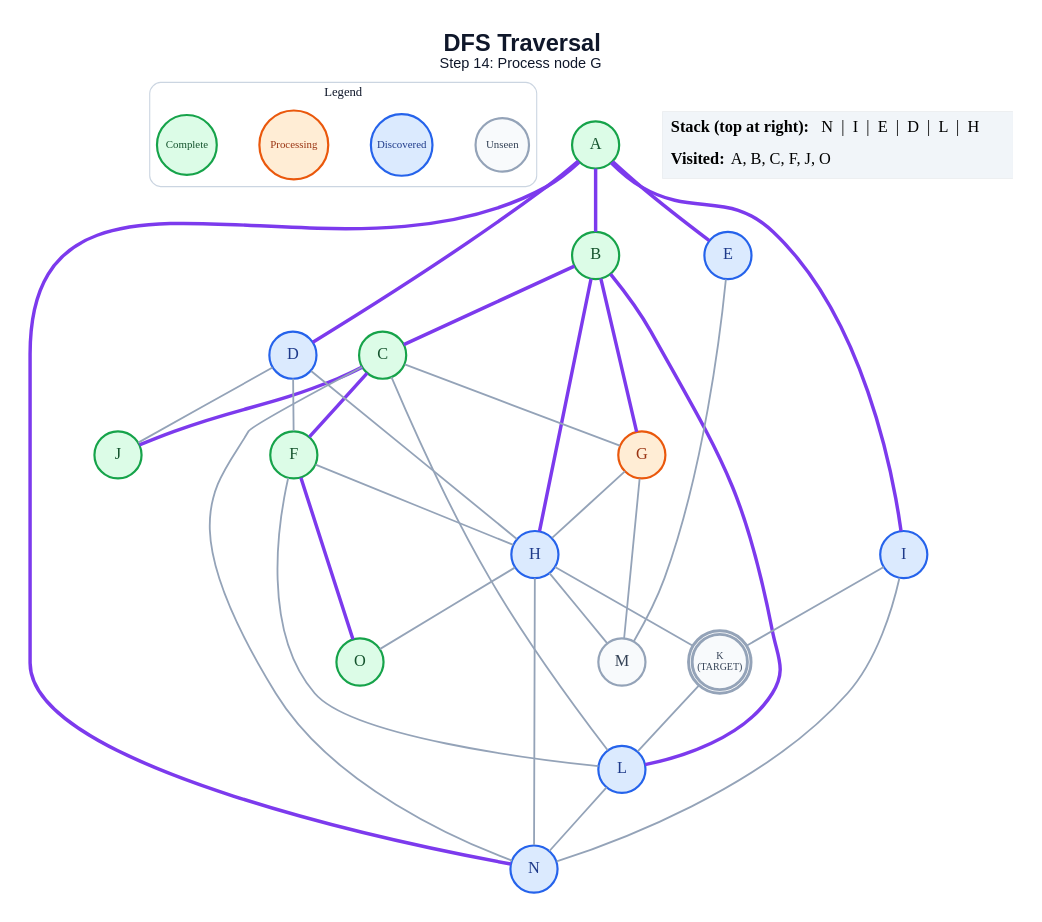
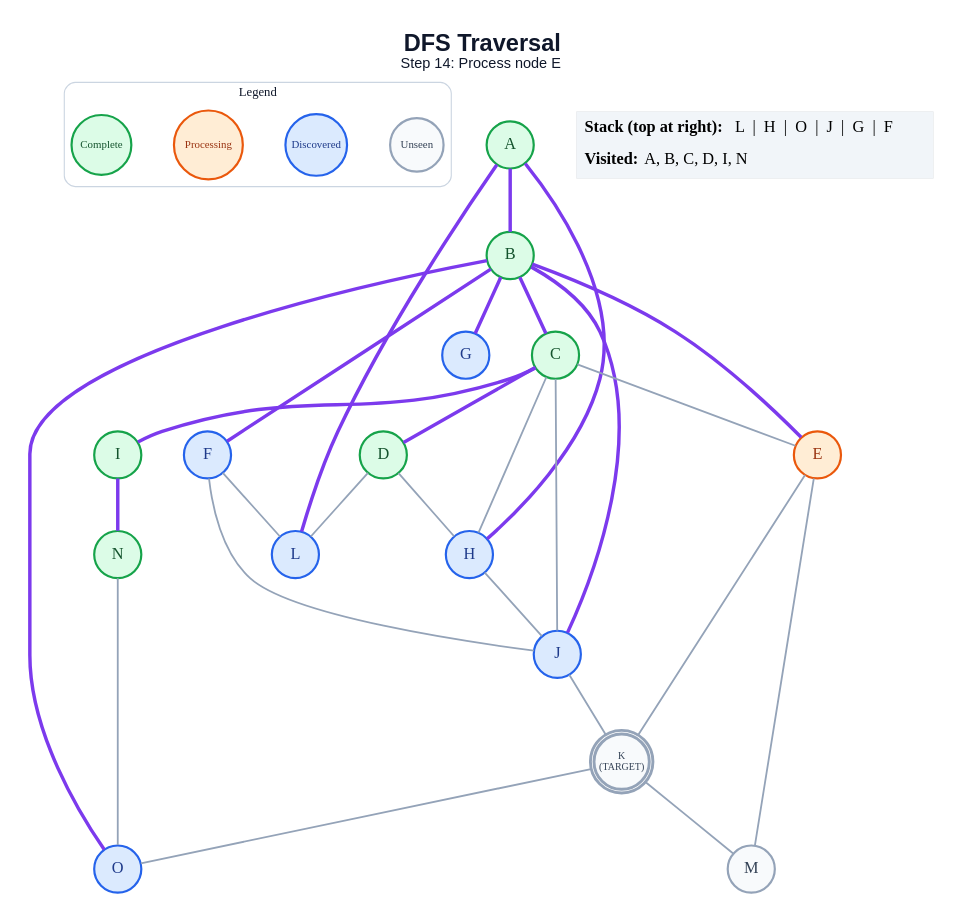
Before and after one commit to anon7238593-create/ai-slop: the diagram in generated/dfs/step_14.dot, drawn with Graphviz. The commit also changed 291 other files, not shown here.

```diff
--- a/generated/dfs/step_14.dot
+++ b/generated/dfs/step_14.dot
@@ -1,65 +1,60 @@
 graph traversal {
   graph [layout=dot, rankdir=TB, bgcolor="#FFFFFF", pad="0.35", nodesep="0.65", ranksep="0.8", fontname="Arial"];
   node [shape=circle, style="filled", fontname="Arial Bold", fontsize=18, width=0.72, fixedsize=true, penwidth=2.4];
   edge [color="#94A3B8", penwidth=2.0];
-  label=<<B>DFS Traversal</B><BR/><FONT POINT-SIZE="16">Step 14: Process node G</FONT>>; labelloc="t"; fontsize=26; fontname="Arial"; fontcolor="#0F172A";
+  label=<<B>DFS Traversal</B><BR/><FONT POINT-SIZE="16">Step 14: Process node E</FONT>>; labelloc="t"; fontsize=26; fontname="Arial"; fontcolor="#0F172A";
   subgraph cluster_legend { label="Legend"; color="#CBD5E1"; penwidth=1.2; style="rounded"; fontsize=14; fontname="Arial Bold";
     key_unseen [label="Unseen", fillcolor="#F8FAFC", color="#94A3B8", fontcolor="#334155", fontsize=12, width=0.82];
     key_frontier [label="Discovered", fillcolor="#DBEAFE", color="#2563EB", fontcolor="#1E3A8A", fontsize=12, width=0.95];
     key_current [label="Processing", fillcolor="#FFEDD5", color="#EA580C", fontcolor="#9A3412", fontsize=12, width=1.05];
     key_done [label="Complete", fillcolor="#DCFCE7", color="#16A34A", fontcolor="#14532D", fontsize=12, width=0.92];
     { rank=same; key_unseen; key_frontier; key_current; key_done; }
   }
   A [label="A", fillcolor="#DCFCE7", color="#16A34A", fontcolor="#14532D", peripheries=1, penwidth=2.4];
   B [label="B", fillcolor="#DCFCE7", color="#16A34A", fontcolor="#14532D", peripheries=1, penwidth=2.4];
   C [label="C", fillcolor="#DCFCE7", color="#16A34A", fontcolor="#14532D", peripheries=1, penwidth=2.4];
-  D [label="D", fillcolor="#DBEAFE", color="#2563EB", fontcolor="#1E3A8A", peripheries=1, penwidth=2.4];
-  E [label="E", fillcolor="#DBEAFE", color="#2563EB", fontcolor="#1E3A8A", peripheries=1, penwidth=2.4];
-  F [label="F", fillcolor="#DCFCE7", color="#16A34A", fontcolor="#14532D", peripheries=1, penwidth=2.4];
-  G [label="G", fillcolor="#FFEDD5", color="#EA580C", fontcolor="#9A3412", peripheries=1, penwidth=2.4];
+  D [label="D", fillcolor="#DCFCE7", color="#16A34A", fontcolor="#14532D", peripheries=1, penwidth=2.4];
+  E [label="E", fillcolor="#FFEDD5", color="#EA580C", fontcolor="#9A3412", peripheries=1, penwidth=2.4];
+  F [label="F", fillcolor="#DBEAFE", color="#2563EB", fontcolor="#1E3A8A", peripheries=1, penwidth=2.4];
+  G [label="G", fillcolor="#DBEAFE", color="#2563EB", fontcolor="#1E3A8A", peripheries=1, penwidth=2.4];
   H [label="H", fillcolor="#DBEAFE", color="#2563EB", fontcolor="#1E3A8A", peripheries=1, penwidth=2.4];
-  I [label="I", fillcolor="#DBEAFE", color="#2563EB", fontcolor="#1E3A8A", peripheries=1, penwidth=2.4];
-  J [label="J", fillcolor="#DCFCE7", color="#16A34A", fontcolor="#14532D", peripheries=1, penwidth=2.4];
+  I [label="I", fillcolor="#DCFCE7", color="#16A34A", fontcolor="#14532D", peripheries=1, penwidth=2.4];
+  J [label="J", fillcolor="#DBEAFE", color="#2563EB", fontcolor="#1E3A8A", peripheries=1, penwidth=2.4];
   K [label="K\n(TARGET)", fillcolor="#F8FAFC", color="#94A3B8", fontcolor="#334155", peripheries=2, penwidth=3.2, fontsize=11, width=0.85, height=0.85];
   L [label="L", fillcolor="#DBEAFE", color="#2563EB", fontcolor="#1E3A8A", peripheries=1, penwidth=2.4];
   M [label="M", fillcolor="#F8FAFC", color="#94A3B8", fontcolor="#334155", peripheries=1, penwidth=2.4];
-  N [label="N", fillcolor="#DBEAFE", color="#2563EB", fontcolor="#1E3A8A", peripheries=1, penwidth=2.4];
-  O [label="O", fillcolor="#DCFCE7", color="#16A34A", fontcolor="#14532D", peripheries=1, penwidth=2.4];
+  N [label="N", fillcolor="#DCFCE7", color="#16A34A", fontcolor="#14532D", peripheries=1, penwidth=2.4];
+  O [label="O", fillcolor="#DBEAFE", color="#2563EB", fontcolor="#1E3A8A", peripheries=1, penwidth=2.4];
   A -- B [color="#7C3AED", penwidth=3.8];
-  A -- D [color="#7C3AED", penwidth=3.8];
-  A -- E [color="#7C3AED", penwidth=3.8];
-  A -- I [color="#7C3AED", penwidth=3.8];
-  A -- N [color="#7C3AED", penwidth=3.8];
+  A -- H [color="#7C3AED", penwidth=3.8];
+  A -- L [color="#7C3AED", penwidth=3.8];
   B -- C [color="#7C3AED", penwidth=3.8];
+  B -- E [color="#7C3AED", penwidth=3.8];
+  B -- F [color="#7C3AED", penwidth=3.8];
   B -- G [color="#7C3AED", penwidth=3.8];
-  B -- H [color="#7C3AED", penwidth=3.8];
-  B -- L [color="#7C3AED", penwidth=3.8];
-  C -- F [color="#7C3AED", penwidth=3.8];
-  C -- G;
-  C -- J [color="#7C3AED", penwidth=3.8];
-  C -- L;
-  C -- N;
-  D -- F;
+  B -- J [color="#7C3AED", penwidth=3.8];
+  B -- O [color="#7C3AED", penwidth=3.8];
+  C -- D [color="#7C3AED", penwidth=3.8];
+  C -- E;
+  C -- H;
+  C -- I [color="#7C3AED", penwidth=3.8];
+  C -- J;
   D -- H;
-  D -- J;
+  D -- L;
+  E -- K;
   E -- M;
-  F -- H;
+  F -- J;
   F -- L;
-  F -- O [color="#7C3AED", penwidth=3.8];
-  G -- H;
-  G -- M;
-  H -- K;
-  H -- M;
-  H -- N;
-  H -- O;
-  I -- K;
-  I -- N;
-  K -- L;
-  L -- N;
+  H -- J;
+  I -- N [color="#7C3AED", penwidth=3.8];
+  J -- K;
+  K -- M;
+  K -- O;
+  N -- O;
   status [shape=plain, fixedsize=false, width=0, height=0, margin=0, label=<
     <TABLE BORDER="0" CELLBORDER="0" CELLPADDING="7" BGCOLOR="#F1F5F9">
-      <TR><TD ALIGN="LEFT"><B>Stack (top at right):</B> N  |  I  |  E  |  D  |  L  |  H</TD></TR>
-      <TR><TD ALIGN="LEFT"><B>Visited:</B> A, B, C, F, J, O</TD></TR>
+      <TR><TD ALIGN="LEFT"><B>Stack (top at right):</B> L  |  H  |  O  |  J  |  G  |  F</TD></TR>
+      <TR><TD ALIGN="LEFT"><B>Visited:</B> A, B, C, D, I, N</TD></TR>
     </TABLE>
   >];
 }
```
